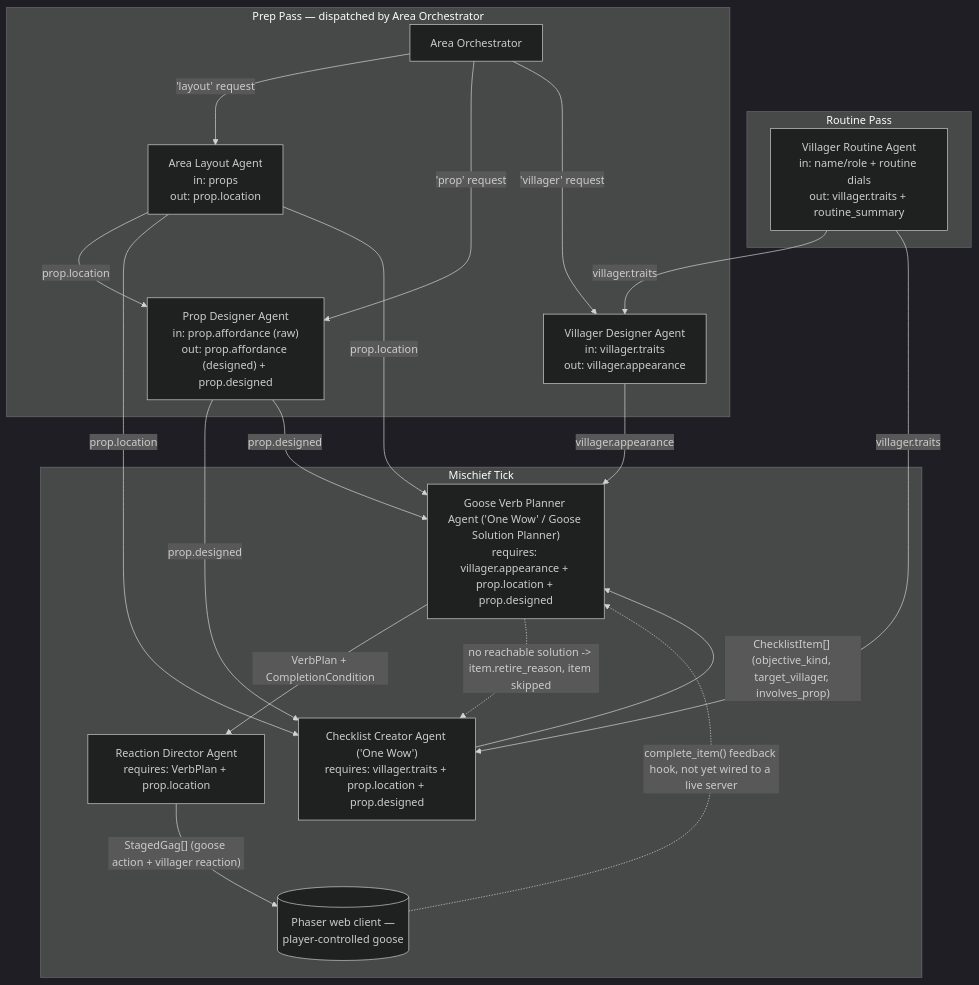
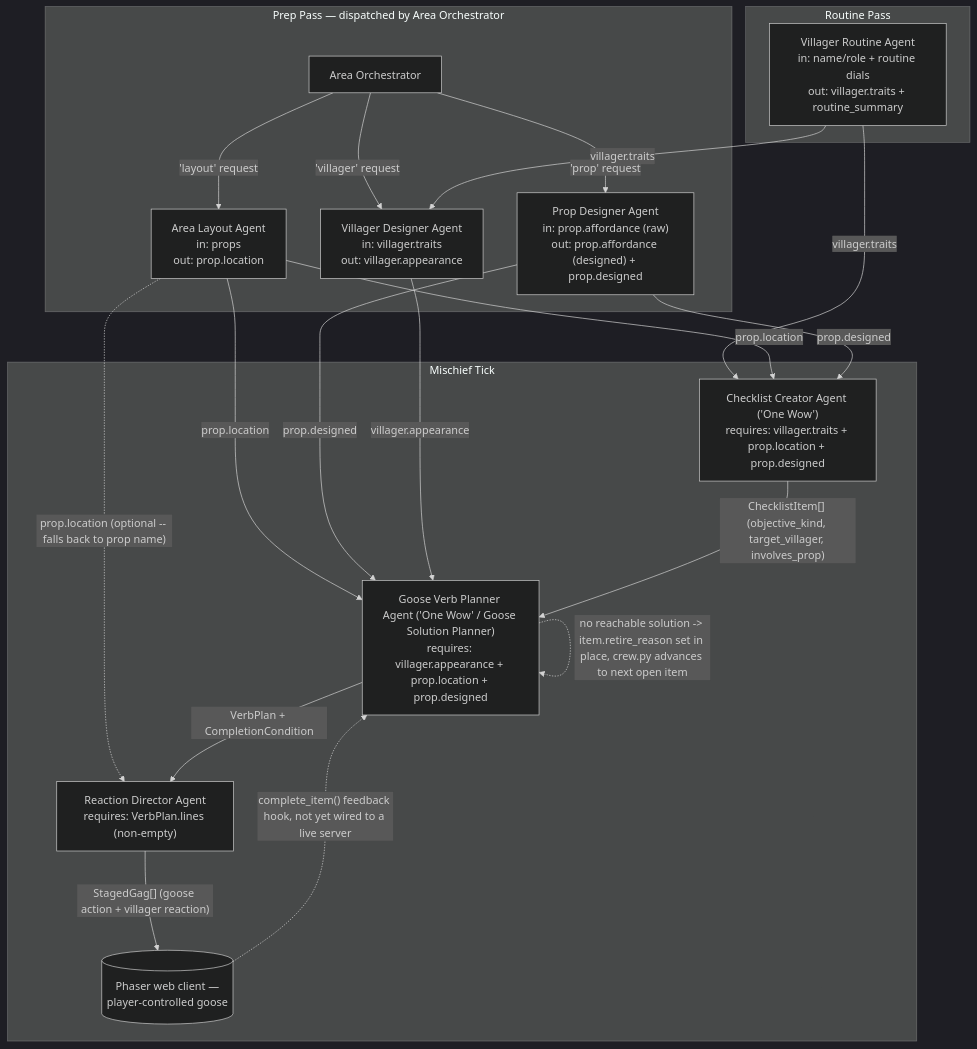
One commit to BeverlyAb/Multi-Agent-Game-Development changed the diagram in UntitledGooseGame_Multi_Agent/Readme.md. Above: the diagram before and after it, drawn with Mermaid (dark theme). The commit also changed other lines of this file and 4 other files, not shown here.

````diff
--- a/UntitledGooseGame_Multi_Agent/Readme.md
+++ b/UntitledGooseGame_Multi_Agent/Readme.md
@@ -120,39 +120,39 @@
 ```mermaid
 flowchart TB
     subgraph ROUTINE["Routine Pass"]
         VRA["Villager Routine Agent<br/>in: name/role + routine dials<br/>out: villager.traits + routine_summary"]
     end
 
     subgraph PREP["Prep Pass — dispatched by Area Orchestrator"]
         AO["Area Orchestrator"]
         ALA["Area Layout Agent<br/>in: props<br/>out: prop.location"]
         PDA["Prop Designer Agent<br/>in: prop.affordance (raw)<br/>out: prop.affordance (designed) + prop.designed"]
         VDA["Villager Designer Agent<br/>in: villager.traits<br/>out: villager.appearance"]
 
         AO -->|"'layout' request"| ALA
         AO -->|"'prop' request"| PDA
         AO -->|"'villager' request"| VDA
     end
 
     subgraph TICK["Mischief Tick"]
         CCA["Checklist Creator Agent ('One Wow')<br/>requires: villager.traits + prop.location + prop.designed"]
         GVP["Goose Verb Planner Agent ('One Wow' / Goose Solution Planner)<br/>requires: villager.appearance + prop.location + prop.designed"]
-        RDA2["Reaction Director Agent<br/>requires: VerbPlan + prop.location"]
+        RDA2["Reaction Director Agent<br/>requires: VerbPlan.lines (non-empty)"]
         GAME[("Phaser web client —<br/>player-controlled goose")]
     end
 
     VRA -->|"villager.traits"| VDA
     VRA -->|"villager.traits"| CCA
-    ALA -->|"prop.location"| PDA
     ALA -->|"prop.location"| CCA
     ALA -->|"prop.location"| GVP
+    ALA -.->|"prop.location (optional -- falls back to prop name)"| RDA2
     PDA -->|"prop.designed"| CCA
     PDA -->|"prop.designed"| GVP
     VDA -->|"villager.appearance"| GVP
 
     CCA -->|"ChecklistItem[] (objective_kind, target_villager, involves_prop)"| GVP
     GVP -->|"VerbPlan + CompletionCondition"| RDA2
-    GVP -.->|"no reachable solution -> item.retire_reason, item skipped"| CCA
+    GVP -.->|"no reachable solution -> item.retire_reason set in place, crew.py advances to next open item"| GVP
     RDA2 -->|"StagedGag[] (goose action + villager reaction)"| GAME
     GAME -.->|"complete_item() feedback hook, not yet wired to a live server"| GVP
 ```
````
